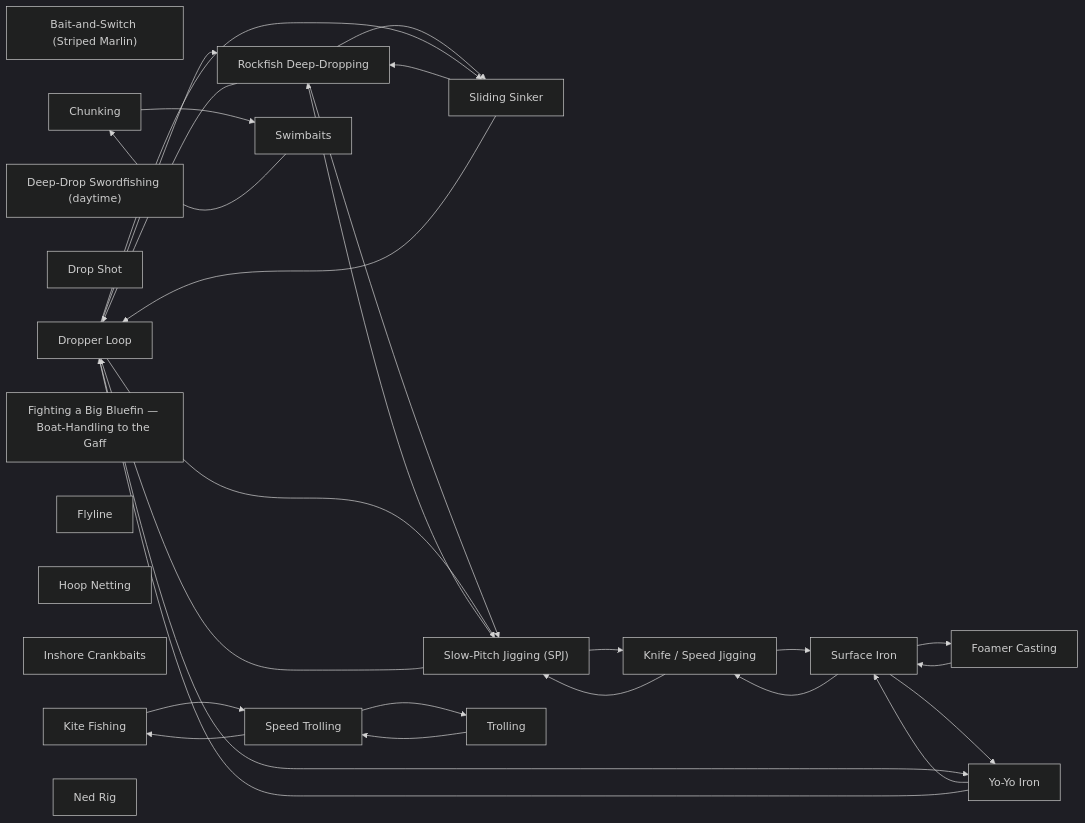
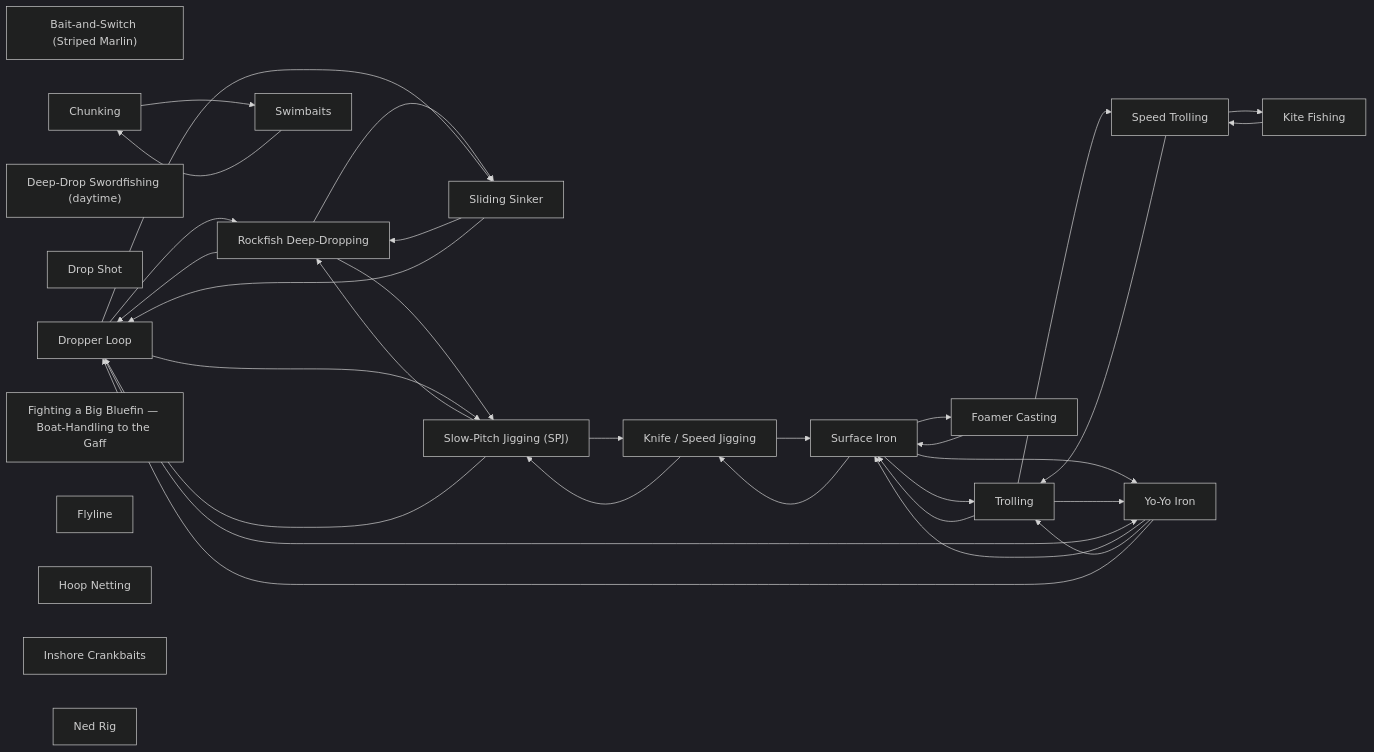
The diagram in techniques/README.md (camchuckpete-max/Socal-Fishing-Knowledge), drawn with Mermaid (dark theme) before and after one commit. The commit also changed 8 other files, not shown here.

````diff
--- a/techniques/README.md
+++ b/techniques/README.md
@@ -34,50 +34,54 @@
 ```mermaid
 graph LR
   n0["Bait-and-Switch (Striped Marlin)"]
   n1["Chunking"]
   n2["Deep-Drop Swordfishing (daytime)"]
   n3["Drop Shot"]
   n4["Dropper Loop"]
   n5["Fighting a Big Bluefin — Boat-Handling to the Gaff"]
   n6["Flyline"]
   n7["Foamer Casting"]
   n8["Hoop Netting"]
   n9["Inshore Crankbaits"]
   n10["Kite Fishing"]
   n11["Knife / Speed Jigging"]
   n12["Ned Rig"]
   n13["Rockfish Deep-Dropping"]
   n14["Sliding Sinker"]
   n15["Slow-Pitch Jigging (SPJ)"]
   n16["Speed Trolling"]
   n17["Surface Iron"]
   n18["Swimbaits"]
   n19["Trolling"]
   n20["Yo-Yo Iron"]
   n1 --> n18
   n10 --> n16
   n11 --> n15
   n11 --> n17
   n13 --> n14
   n13 --> n15
   n13 --> n4
   n14 --> n13
   n14 --> n4
   n15 --> n11
   n15 --> n13
   n15 --> n4
   n16 --> n10
   n16 --> n19
   n17 --> n11
+  n17 --> n19
   n17 --> n20
   n17 --> n7
   n18 --> n1
   n19 --> n16
+  n19 --> n17
+  n19 --> n20
   n20 --> n17
+  n20 --> n19
   n20 --> n4
   n4 --> n13
   n4 --> n14
   n4 --> n15
   n4 --> n20
   n7 --> n17
 ```
````
